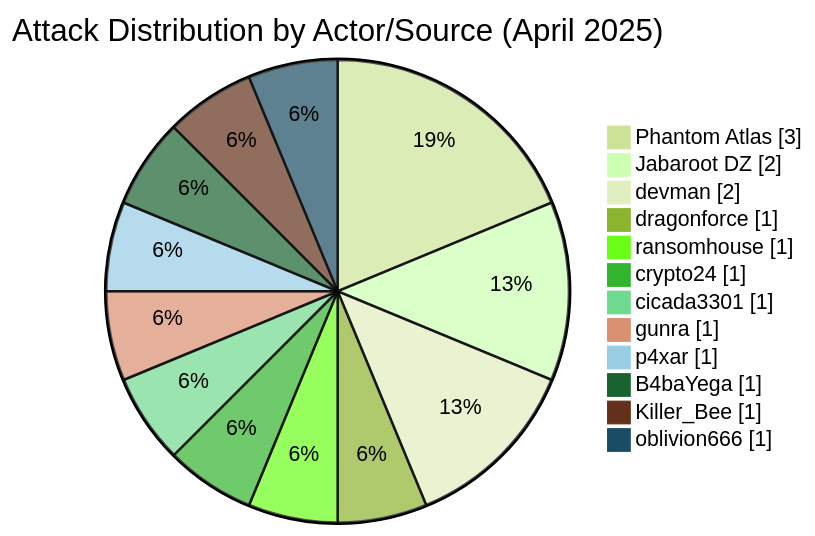
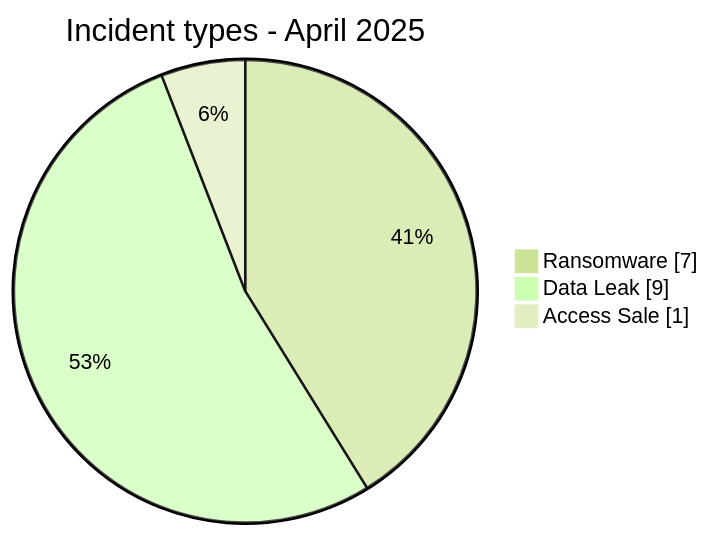
One commit to Hatchepsoute/AFRINTEL changed the first of 7 diagrams in CyberAttackAfrica/2025/04-april/README.md. Above: the diagram before and after it, drawn with Mermaid (forest theme). The commit also changed other lines of this file and 3 other files, not shown here.

````diff
--- a/CyberAttackAfrica/2025/04-april/README.md
+++ b/CyberAttackAfrica/2025/04-april/README.md
@@ -41,16 +64,7 @@
 ```mermaid
 pie showData
-    title Attack Distribution by Actor/Source (April 2025)
-    "Phantom Atlas" : 3
-    "Jabaroot DZ" : 2
-    "devman" : 2
-    "dragonforce" : 1
-    "ransomhouse" : 1
-    "crypto24" : 1
-    "cicada3301" : 1
-    "gunra" : 1
-    "p4xar" : 1
-    "B4baYega" : 1
-    "Killer_Bee" : 1
-    "oblivion666" : 1
+    title Incident types - April 2025
+    "Ransomware" : 7
+    "Data Leak" : 9
+    "Access Sale" : 1
 ```
````
